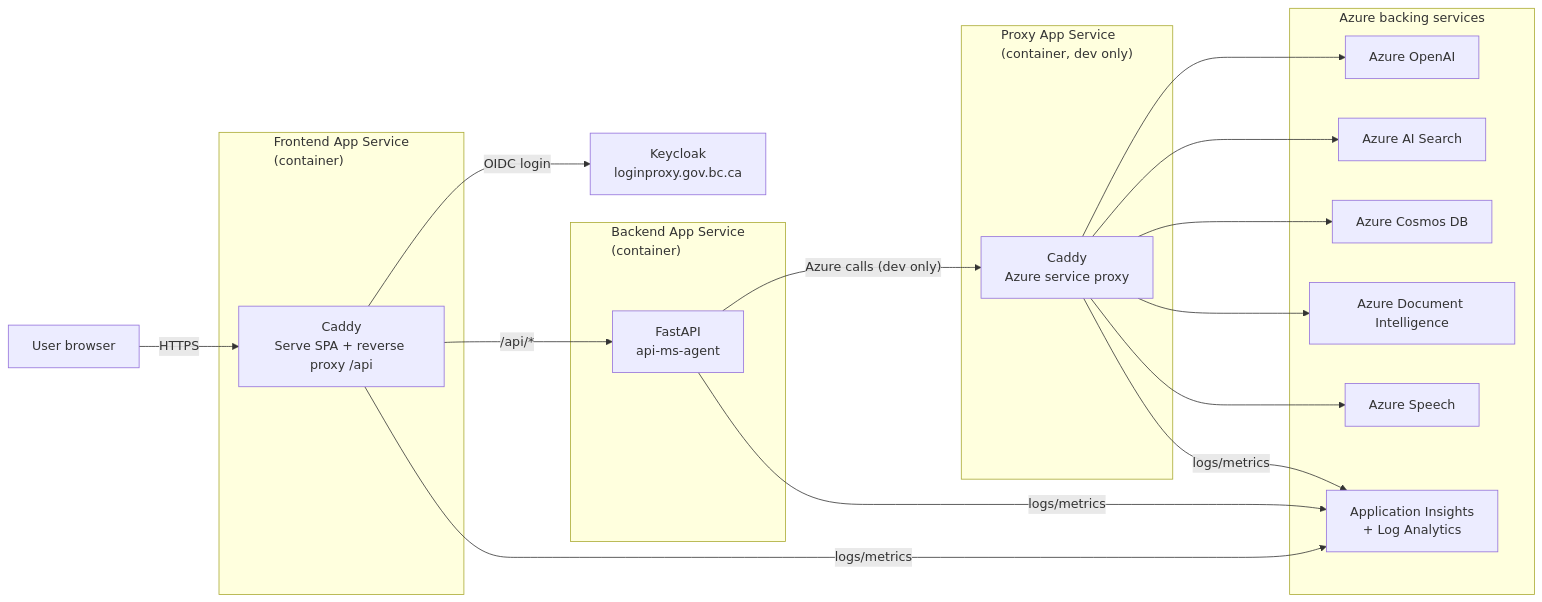
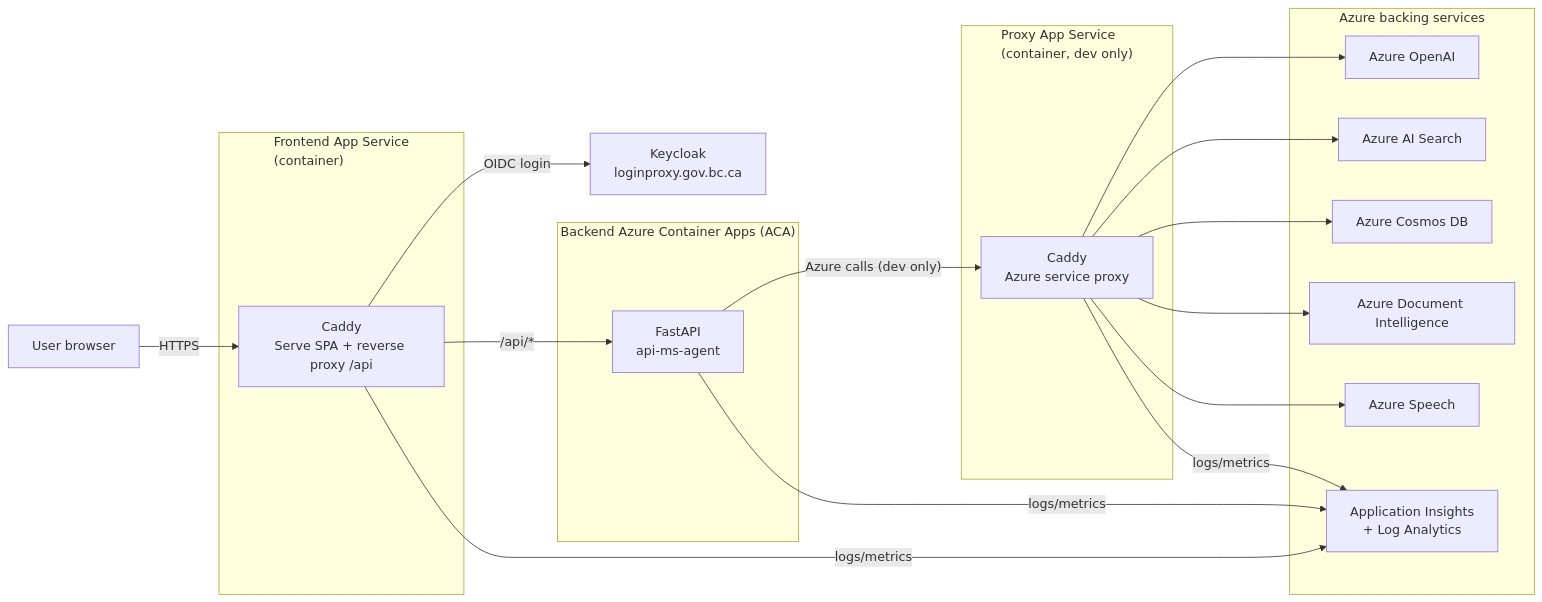
Before and after one commit to bcgov/azure-ai-poc: the first of 7 diagrams in docs/ARCHITECTURE_DEMO.md, drawn with Mermaid. The commit also changed other lines of this file and 1 other file, not shown here.

Commit message:
update according to aca deployment

````diff
--- a/docs/ARCHITECTURE_DEMO.md
+++ b/docs/ARCHITECTURE_DEMO.md
@@ -26,42 +26,42 @@
 ```mermaid
 flowchart LR
   U["User browser"]
 
   subgraph FE["Frontend App Service<br/>(container)"]
     F["Caddy<br/>Serve SPA + reverse proxy /api"]
   end
 
-  subgraph BE["Backend App Service<br/>(container)"]
+  subgraph BE["Backend Azure Container Apps (ACA)"]
     A["FastAPI<br/>api-ms-agent"]
   end
 
   subgraph PX["Proxy App Service<br/>(container, dev only)"]
     P["Caddy<br/>Azure service proxy"]
   end
 
   KC["Keycloak<br/>loginproxy.gov.bc.ca"]
 
   subgraph AZ["Azure backing services"]
     OAI["Azure OpenAI"]
     AIS["Azure AI Search"]
     COS["Azure Cosmos DB"]
     DI["Azure Document Intelligence"]
     SP["Azure Speech"]
     MON["Application Insights<br/>+ Log Analytics"]
   end
 
   U -->|"HTTPS"| F
   F -->|"OIDC login"| KC
   F -->|"/api/*"| A
 
   A -->|"Azure calls (dev only)"| P
   P --> OAI
   P --> AIS
   P --> COS
   P --> DI
   P --> SP
 
   A -->|"logs/metrics"| MON
   F -->|"logs/metrics"| MON
   P -->|"logs/metrics"| MON
 ```
````
